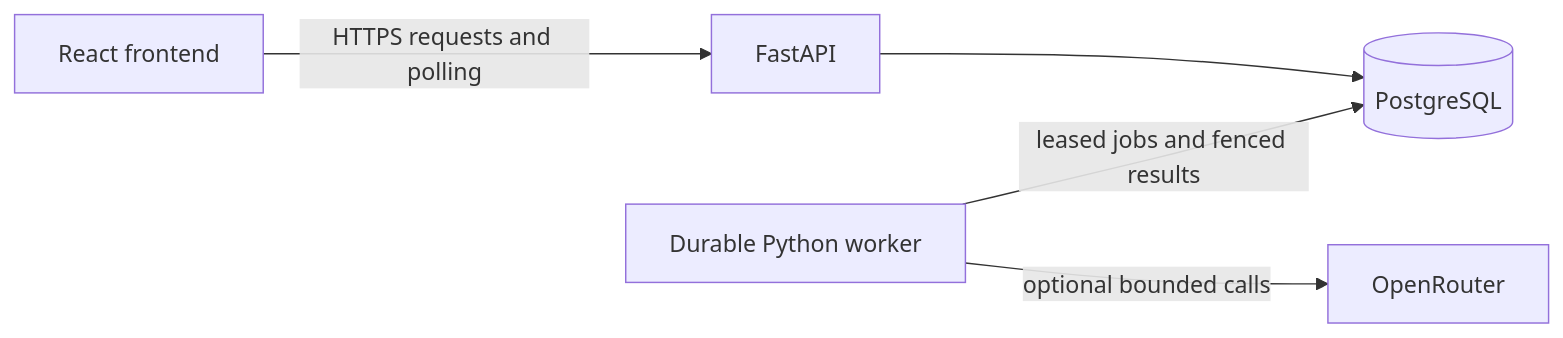
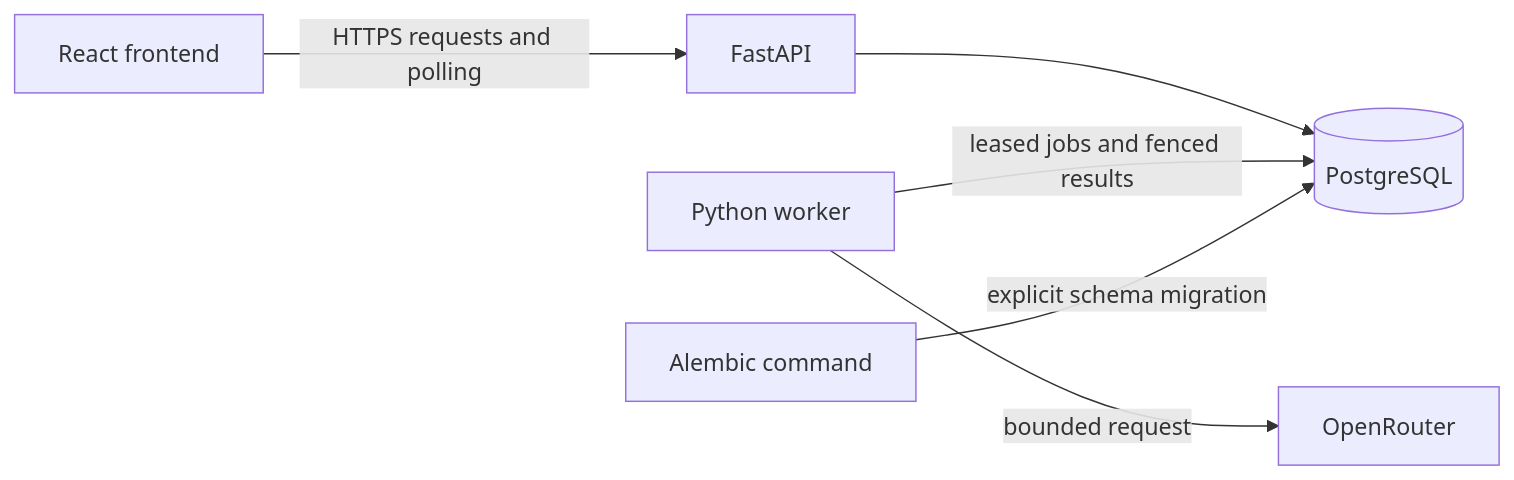
The diagram in docs/architecture.md (turovnd/realtime-data-workbench), drawn with Mermaid before and after one commit. The commit also changed other lines of this file and 173 other files, not shown here.

````diff
--- a/docs/architecture.md
+++ b/docs/architecture.md
@@ -3,7 +3,8 @@
 ```mermaid
 flowchart LR
   UI[React frontend] -->|HTTPS requests and polling| API[FastAPI]
   API --> DB[(PostgreSQL)]
-  Worker[Durable Python worker] -->|leased jobs and fenced results| DB
-  Worker -->|optional bounded calls| Provider[OpenRouter]
+  Worker[Python worker] -->|leased jobs and fenced results| DB
+  Worker -->|bounded request| Provider[OpenRouter]
+  Migration[Alembic command] -->|explicit schema migration| DB
 ```
````
